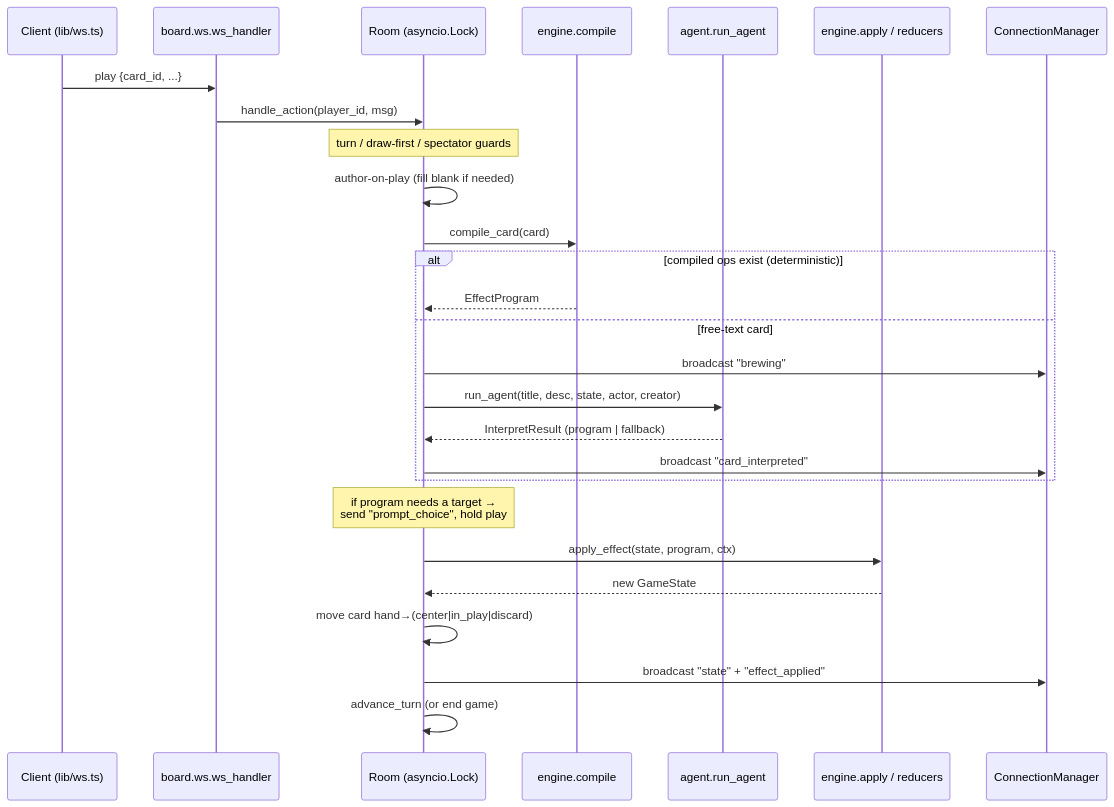
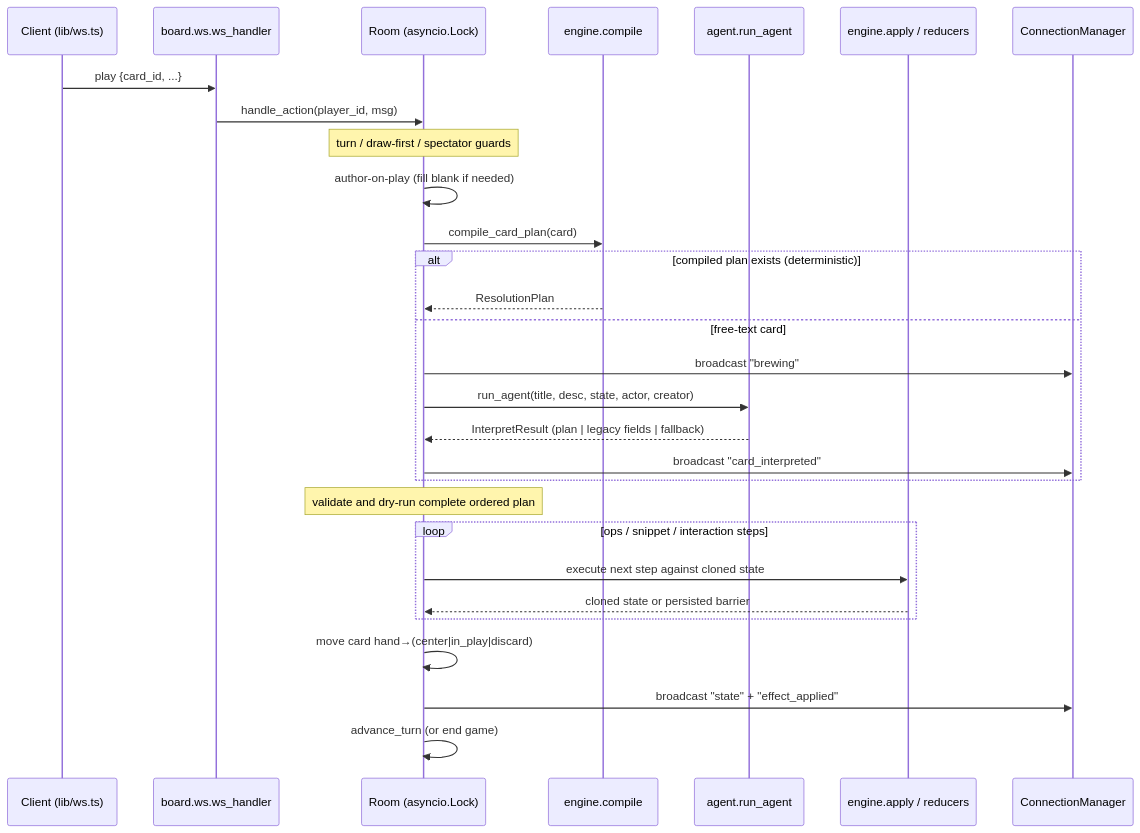
Before and after one commit to msharp9/a-thousand-blank-white-cards: the third of 4 diagrams in docs/architecture.md, drawn with Mermaid. The commit also changed 4 other files, not shown here.

Commit message:
docs: audit dynamic card resolution rollout

````diff
--- a/docs/architecture.md
+++ b/docs/architecture.md
@@ -257,30 +257,32 @@
 ```mermaid
 sequenceDiagram
   participant C as Client (lib/ws.ts)
   participant WS as board.ws.ws_handler
   participant R as Room (asyncio.Lock)
   participant CO as engine.compile
   participant AG as agent.run_agent
   participant AP as engine.apply / reducers
   participant CM as ConnectionManager
 
   C->>WS: play {card_id, ...}
   WS->>R: handle_action(player_id, msg)
   Note over R: turn / draw-first / spectator guards
   R->>R: author-on-play (fill blank if needed)
-  R->>CO: compile_card(card)
-  alt compiled ops exist (deterministic)
-    CO-->>R: EffectProgram
+  R->>CO: compile_card_plan(card)
+  alt compiled plan exists (deterministic)
+    CO-->>R: ResolutionPlan
   else free-text card
     R->>CM: broadcast "brewing"
     R->>AG: run_agent(title, desc, state, actor, creator)
-    AG-->>R: InterpretResult (program | fallback)
+    AG-->>R: InterpretResult (plan | legacy fields | fallback)
     R->>CM: broadcast "card_interpreted"
   end
-  Note over R: if program needs a target →<br/>send "prompt_choice", hold play
-  R->>AP: apply_effect(state, program, ctx)
-  AP-->>R: new GameState
+  Note over R: validate and dry-run complete ordered plan
+  loop ops / snippet / interaction steps
+    R->>AP: execute next step against cloned state
+    AP-->>R: cloned state or persisted barrier
+  end
   R->>R: move card hand→(center|in_play|discard)
   R->>CM: broadcast "state" + "effect_applied"
   R->>R: advance_turn (or end game)
 ```
````
